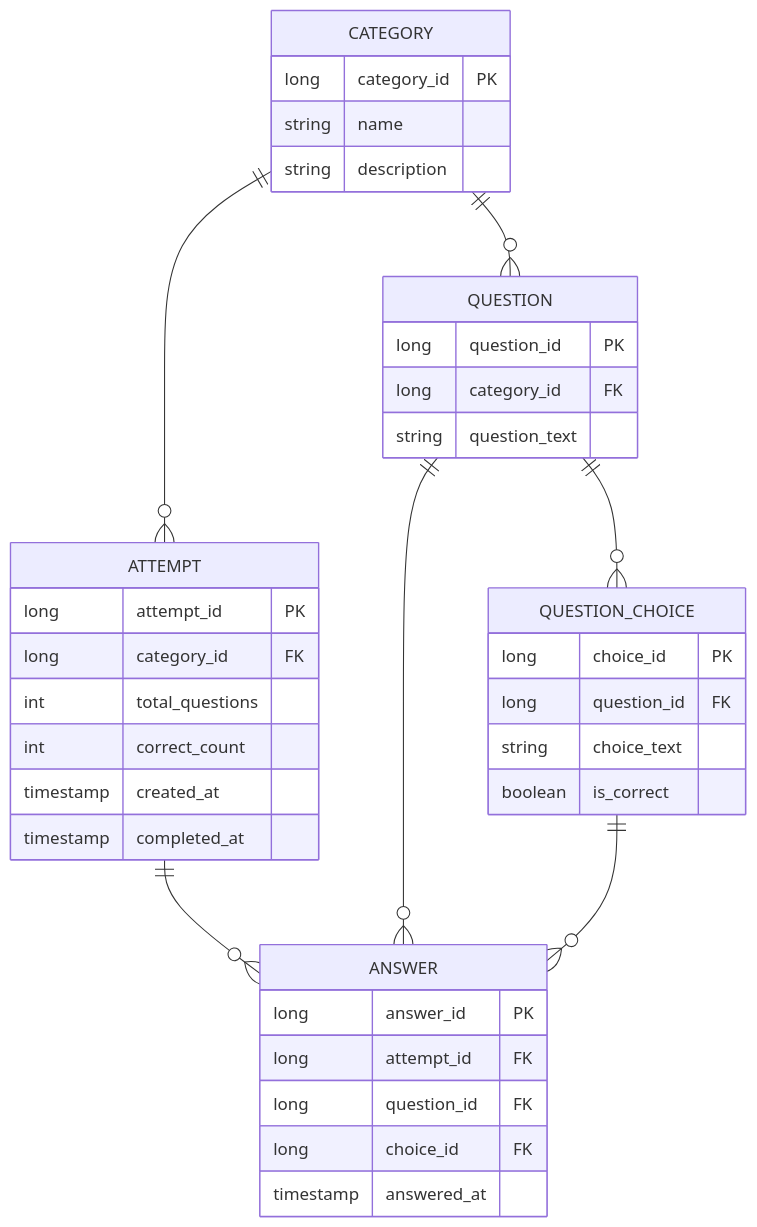
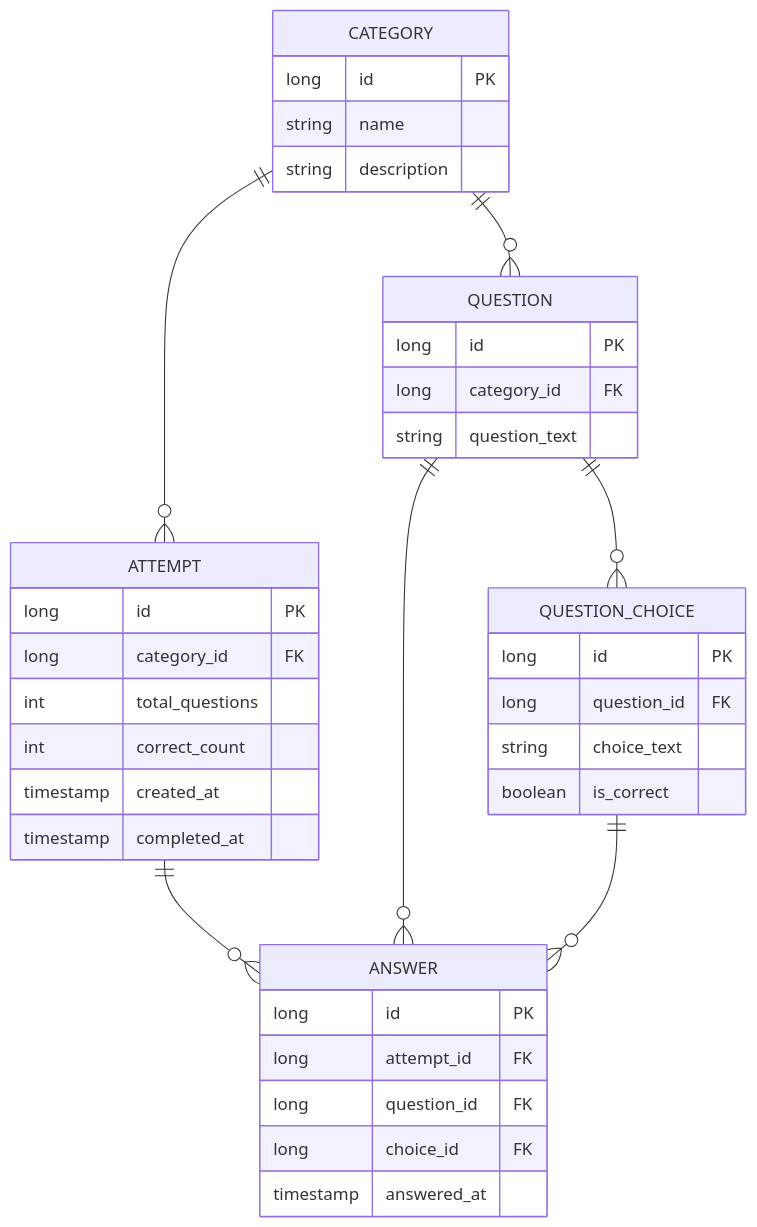
One commit to gngnta/ddd_sample changed the diagram in docs/quiz-specification.md. Above: the diagram before and after it, drawn with Mermaid. The commit also changed other lines of this file, not shown here.

````diff
--- a/docs/quiz-specification.md
+++ b/docs/quiz-specification.md
@@ -82,45 +82,45 @@
 ```mermaid
 erDiagram
     CATEGORY ||--o{ QUESTION : ""
     CATEGORY ||--o{ ATTEMPT : ""
     ATTEMPT ||--o{ ANSWER : ""
     QUESTION ||--o{ QUESTION_CHOICE : ""
     QUESTION ||--o{ ANSWER : ""
     QUESTION_CHOICE ||--o{ ANSWER : ""
 
     CATEGORY {
-        long category_id PK
+        long id PK
         string name
         string description
     }
 
     QUESTION {
-        long question_id PK
+        long id PK
         long category_id FK
         string question_text
     }
 
     QUESTION_CHOICE {
-        long choice_id PK
+        long id PK
         long question_id FK
         string choice_text
         boolean is_correct
     }
 
     ATTEMPT {
-        long attempt_id PK
+        long id PK
         long category_id FK
         int total_questions
         int correct_count
         timestamp created_at
         timestamp completed_at
     }
 
     ANSWER {
-        long answer_id PK
+        long id PK
         long attempt_id FK
         long question_id FK
         long choice_id FK
         timestamp answered_at
     }
 ```
````
